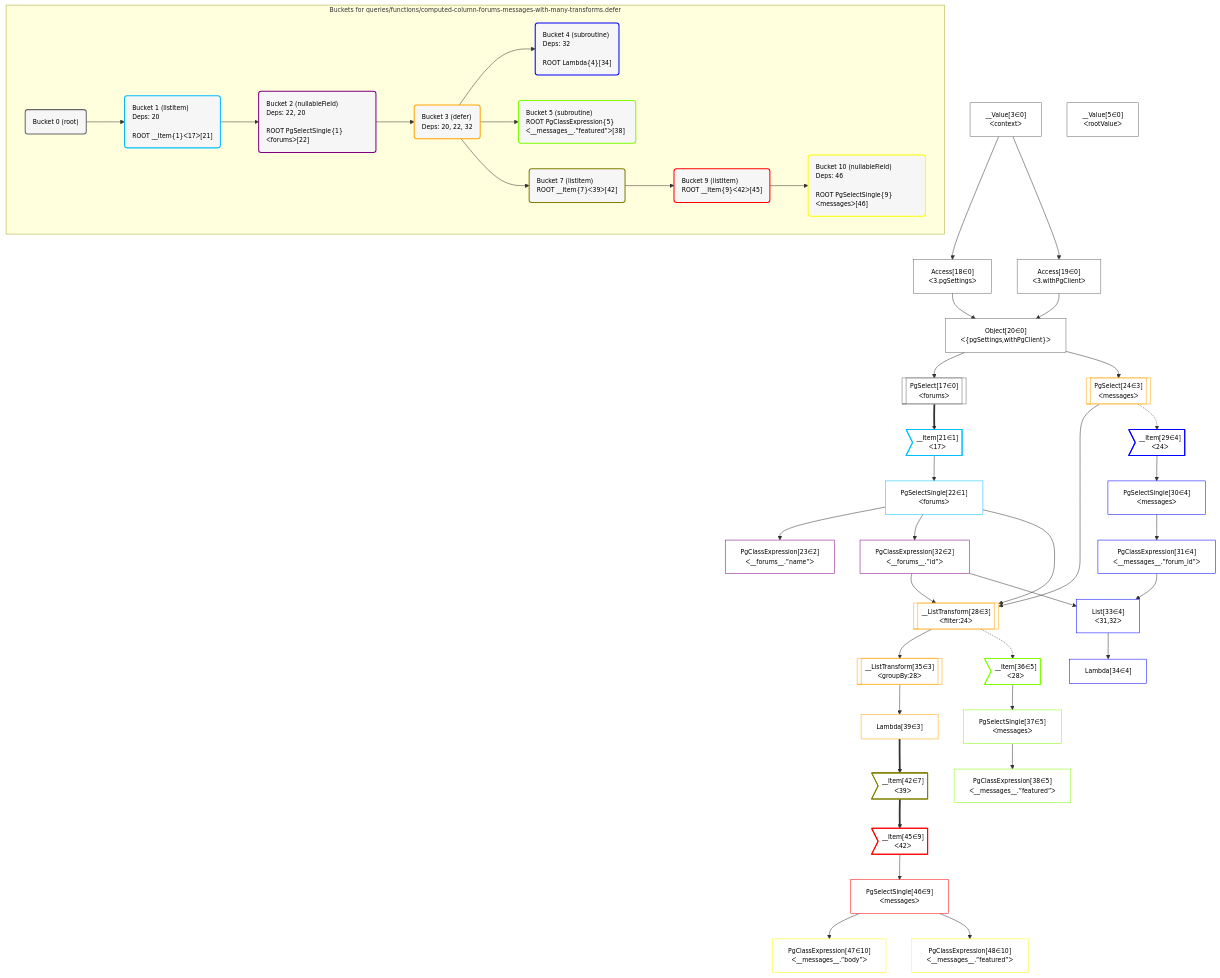
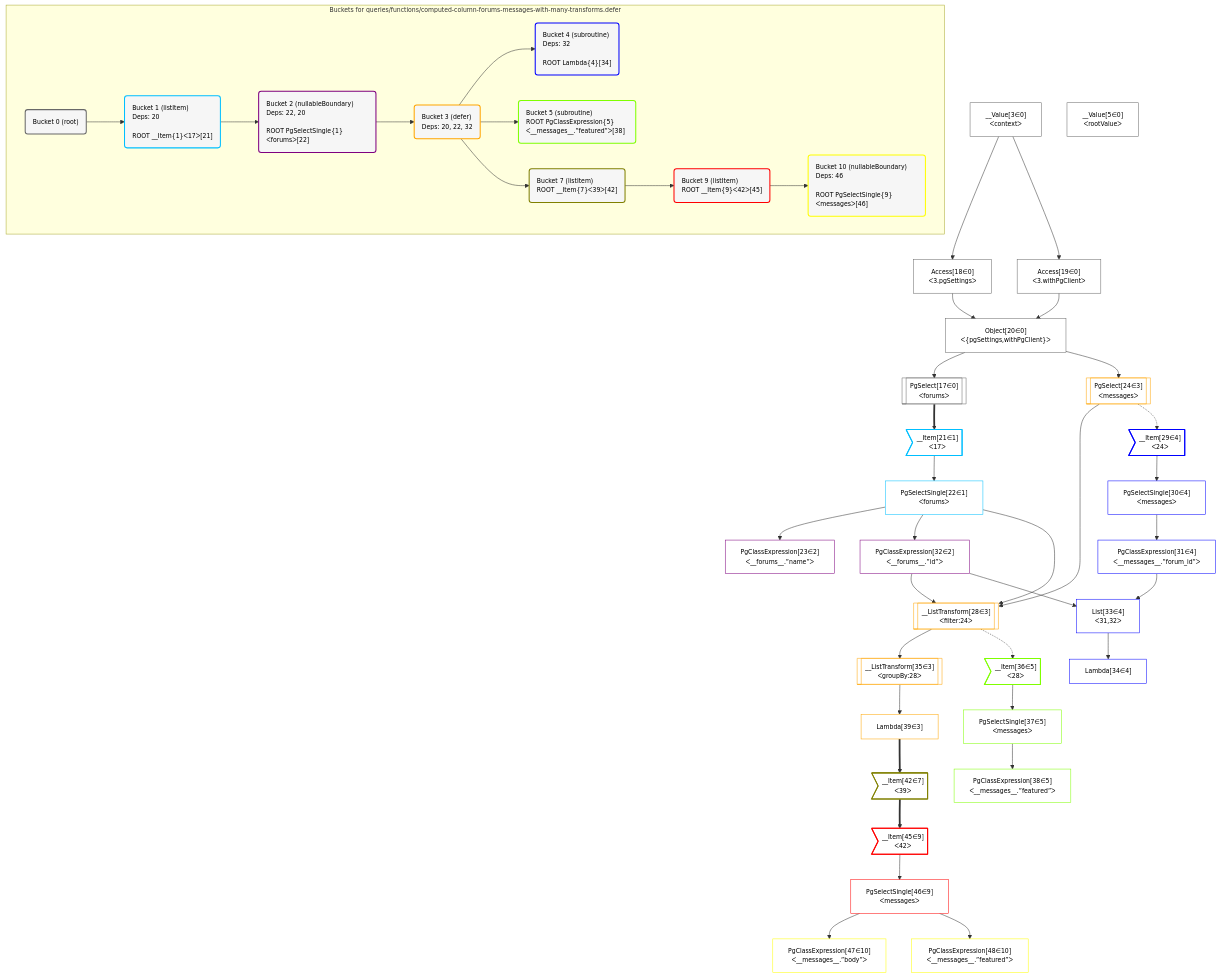
The diagram in grafast/dataplan-pg/__tests__/queries/functions/computed-column-forums-messages-with-many-transforms.defer.mermaid (graphile/crystal), drawn with Mermaid before and after one commit. The commit also changed 162 other files, not shown here.

```diff
--- a/grafast/dataplan-pg/__tests__/queries/functions/computed-column-forums-messages-with-many-transforms.defer.mermaid
+++ b/grafast/dataplan-pg/__tests__/queries/functions/computed-column-forums-messages-with-many-transforms.defer.mermaid
@@ -1,100 +1,100 @@
 %%{init: {'themeVariables': { 'fontSize': '12px'}}}%%
 graph TD
     classDef path fill:#eee,stroke:#000,color:#000
     classDef plan fill:#fff,stroke-width:1px,color:#000
     classDef itemplan fill:#fff,stroke-width:2px,color:#000
     classDef sideeffectplan fill:#f00,stroke-width:2px,color:#000
     classDef bucket fill:#f6f6f6,color:#000,stroke-width:2px,text-align:left
 
 
     %% define steps
     __Value3["__Value[3∈0]<br />ᐸcontextᐳ"]:::plan
     __Value5["__Value[5∈0]<br />ᐸrootValueᐳ"]:::plan
     Access18["Access[18∈0]<br />ᐸ3.pgSettingsᐳ"]:::plan
     Access19["Access[19∈0]<br />ᐸ3.withPgClientᐳ"]:::plan
     Object20["Object[20∈0]<br />ᐸ{pgSettings,withPgClient}ᐳ"]:::plan
     PgSelect17[["PgSelect[17∈0]<br />ᐸforumsᐳ"]]:::plan
     __Item21>"__Item[21∈1]<br />ᐸ17ᐳ"]:::itemplan
     PgSelectSingle22["PgSelectSingle[22∈1]<br />ᐸforumsᐳ"]:::plan
     PgClassExpression23["PgClassExpression[23∈2]<br />ᐸ__forums__.”name”ᐳ"]:::plan
     PgSelect24[["PgSelect[24∈3]<br />ᐸmessagesᐳ"]]:::plan
     PgClassExpression32["PgClassExpression[32∈2]<br />ᐸ__forums__.”id”ᐳ"]:::plan
     __ListTransform28[["__ListTransform[28∈3]<br />ᐸfilter:24ᐳ"]]:::plan
     __Item29>"__Item[29∈4]<br />ᐸ24ᐳ"]:::itemplan
     PgSelectSingle30["PgSelectSingle[30∈4]<br />ᐸmessagesᐳ"]:::plan
     PgClassExpression31["PgClassExpression[31∈4]<br />ᐸ__messages__.”forum_id”ᐳ"]:::plan
     List33["List[33∈4]<br />ᐸ31,32ᐳ"]:::plan
     Lambda34["Lambda[34∈4]"]:::plan
     __ListTransform35[["__ListTransform[35∈3]<br />ᐸgroupBy:28ᐳ"]]:::plan
     __Item36>"__Item[36∈5]<br />ᐸ28ᐳ"]:::itemplan
     PgSelectSingle37["PgSelectSingle[37∈5]<br />ᐸmessagesᐳ"]:::plan
     PgClassExpression38["PgClassExpression[38∈5]<br />ᐸ__messages__.”featured”ᐳ"]:::plan
     Lambda39["Lambda[39∈3]"]:::plan
     __Item42>"__Item[42∈7]<br />ᐸ39ᐳ"]:::itemplan
     __Item45>"__Item[45∈9]<br />ᐸ42ᐳ"]:::itemplan
     PgSelectSingle46["PgSelectSingle[46∈9]<br />ᐸmessagesᐳ"]:::plan
     PgClassExpression47["PgClassExpression[47∈10]<br />ᐸ__messages__.”body”ᐳ"]:::plan
     PgClassExpression48["PgClassExpression[48∈10]<br />ᐸ__messages__.”featured”ᐳ"]:::plan
 
     %% plan dependencies
     __Value3 --> Access18
     __Value3 --> Access19
     Access18 & Access19 --> Object20
     Object20 --> PgSelect17
     PgSelect17 ==> __Item21
     __Item21 --> PgSelectSingle22
     PgSelectSingle22 --> PgClassExpression23
     Object20 --> PgSelect24
     PgSelectSingle22 --> PgClassExpression32
     PgSelect24 & PgSelectSingle22 & PgClassExpression32 --> __ListTransform28
     PgSelect24 -.-> __Item29
     __Item29 --> PgSelectSingle30
     PgSelectSingle30 --> PgClassExpression31
     PgClassExpression31 & PgClassExpression32 --> List33
     List33 --> Lambda34
     __ListTransform28 --> __ListTransform35
     __ListTransform28 -.-> __Item36
     __Item36 --> PgSelectSingle37
     PgSelectSingle37 --> PgClassExpression38
     __ListTransform35 --> Lambda39
     Lambda39 ==> __Item42
     __Item42 ==> __Item45
     __Item45 --> PgSelectSingle46
     PgSelectSingle46 --> PgClassExpression47
     PgSelectSingle46 --> PgClassExpression48
 
     subgraph "Buckets for queries/functions/computed-column-forums-messages-with-many-transforms.defer"
     Bucket0("Bucket 0 (root)"):::bucket
     classDef bucket0 stroke:#696969
     class Bucket0,__Value3,__Value5,PgSelect17,Access18,Access19,Object20 bucket0
     Bucket1("Bucket 1 (listItem)<br />Deps: 20<br /><br />ROOT __Item{1}ᐸ17ᐳ[21]"):::bucket
     classDef bucket1 stroke:#00bfff
     class Bucket1,__Item21,PgSelectSingle22 bucket1
-    Bucket2("Bucket 2 (nullableField)<br />Deps: 22, 20<br /><br />ROOT PgSelectSingle{1}ᐸforumsᐳ[22]"):::bucket
+    Bucket2("Bucket 2 (nullableBoundary)<br />Deps: 22, 20<br /><br />ROOT PgSelectSingle{1}ᐸforumsᐳ[22]"):::bucket
     classDef bucket2 stroke:#7f007f
     class Bucket2,PgClassExpression23,PgClassExpression32 bucket2
     Bucket3("Bucket 3 (defer)<br />Deps: 20, 22, 32"):::bucket
     classDef bucket3 stroke:#ffa500
     class Bucket3,PgSelect24,__ListTransform28,__ListTransform35,Lambda39 bucket3
     Bucket4("Bucket 4 (subroutine)<br />Deps: 32<br /><br />ROOT Lambda{4}[34]"):::bucket
     classDef bucket4 stroke:#0000ff
     class Bucket4,__Item29,PgSelectSingle30,PgClassExpression31,List33,Lambda34 bucket4
     Bucket5("Bucket 5 (subroutine)<br />ROOT PgClassExpression{5}ᐸ__messages__.”featured”ᐳ[38]"):::bucket
     classDef bucket5 stroke:#7fff00
     class Bucket5,__Item36,PgSelectSingle37,PgClassExpression38 bucket5
     Bucket7("Bucket 7 (listItem)<br />ROOT __Item{7}ᐸ39ᐳ[42]"):::bucket
     classDef bucket7 stroke:#808000
     class Bucket7,__Item42 bucket7
     Bucket9("Bucket 9 (listItem)<br />ROOT __Item{9}ᐸ42ᐳ[45]"):::bucket
     classDef bucket9 stroke:#ff0000
     class Bucket9,__Item45,PgSelectSingle46 bucket9
-    Bucket10("Bucket 10 (nullableField)<br />Deps: 46<br /><br />ROOT PgSelectSingle{9}ᐸmessagesᐳ[46]"):::bucket
+    Bucket10("Bucket 10 (nullableBoundary)<br />Deps: 46<br /><br />ROOT PgSelectSingle{9}ᐸmessagesᐳ[46]"):::bucket
     classDef bucket10 stroke:#ffff00
     class Bucket10,PgClassExpression47,PgClassExpression48 bucket10
     Bucket0 --> Bucket1
     Bucket1 --> Bucket2
     Bucket2 --> Bucket3
     Bucket3 --> Bucket4 & Bucket5 & Bucket7
     Bucket7 --> Bucket9
     Bucket9 --> Bucket10
     end
```
